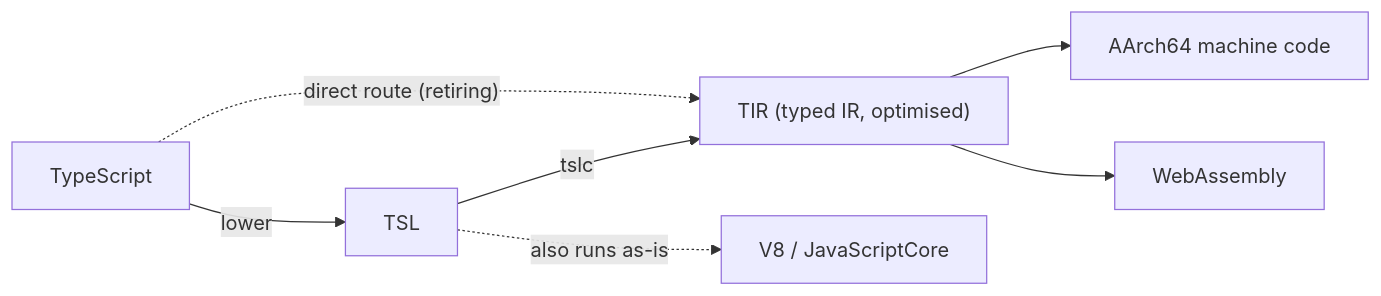
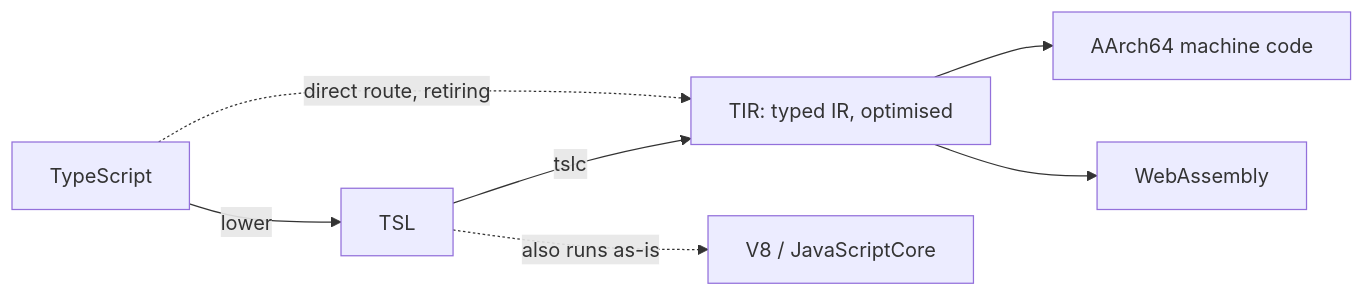
The diagram in README.md (joshocalico/TSL-TMK), drawn with Mermaid before and after one commit. The commit also changed 2 other files, not shown here.

Commit message:
README's Mermaid diagram in GitHub-safe syntax; README.md no longer a gate input
- The pipeline diagram didn't render on GitHub: now graph LR, quoted node
  labels and |label| link text.
- README.md is dropped from the gate's hashed inputs (owner): nothing a
  run does reads it, so docs edits no longer wait for a gate. SPEC 8.3
  says so. Backup SPEC.md.bak-pre-readme-input.

tmk test --changed: 43/43 steps passed. Not gate-verified yet: R23's
gate covers it.

````diff
--- a/README.md
+++ b/README.md
@@ -13,9 +13,9 @@
 ```mermaid
-flowchart LR
-    TS[TypeScript] -- lower --> TSL
-    TSL -- tslc --> TIR["TIR (typed IR, optimised)"]
-    TIR --> A64[AArch64 machine code]
-    TIR --> WASM[WebAssembly]
-    TS -. "direct route (retiring)" .-> TIR
-    TSL -. "also runs as-is" .-> JS[V8 / JavaScriptCore]
+graph LR
+    TS["TypeScript"] -->|lower| TSL["TSL"]
+    TSL -->|tslc| TIR["TIR: typed IR, optimised"]
+    TIR --> A64["AArch64 machine code"]
+    TIR --> WASM["WebAssembly"]
+    TS -.->|direct route, retiring| TIR
+    TSL -.->|also runs as-is| JS["V8 / JavaScriptCore"]
 ```
````
